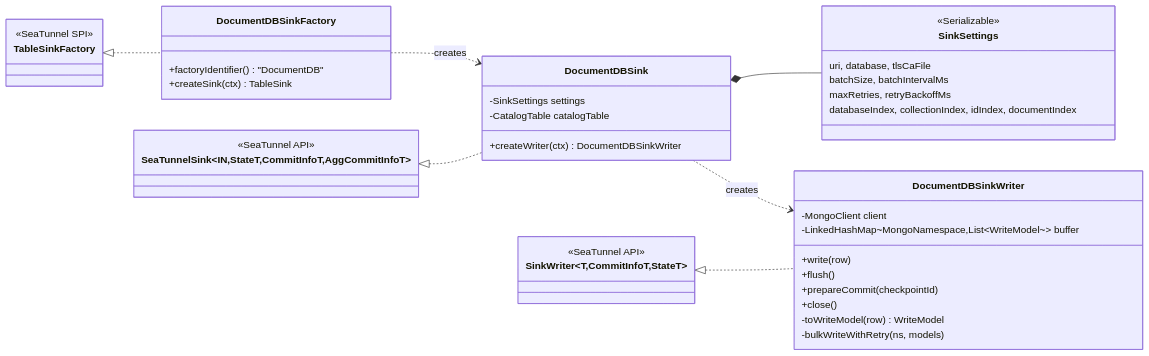
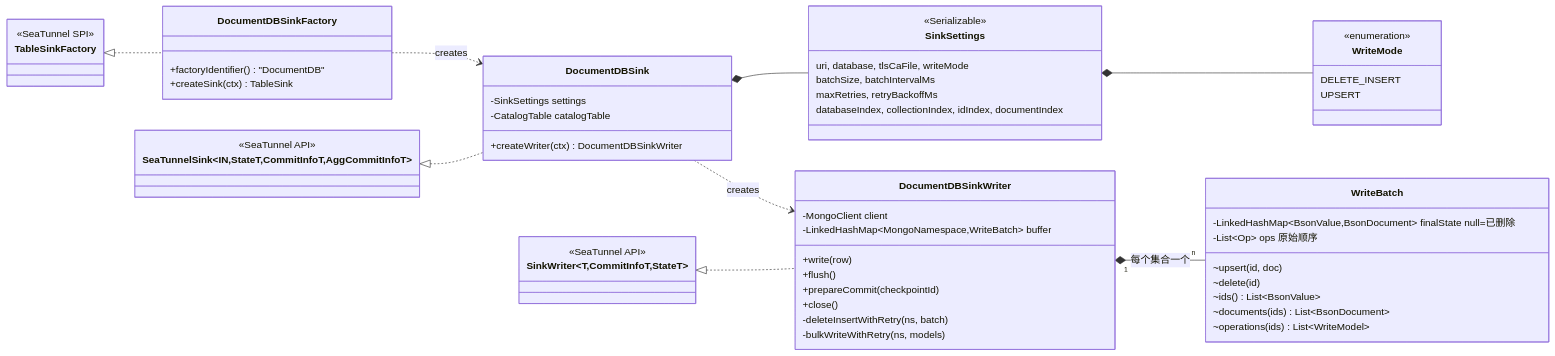
The third of 8 diagrams in 开发者文档.md (yidaimi/seatunnel-cosmos-to-documentdb), drawn with Mermaid before and after one commit. The commit also changed other lines of this file and 15 other files, not shown here.

````diff
--- a/开发者文档.md
+++ b/开发者文档.md
@@ -319,45 +321,61 @@
 ```mermaid
 classDiagram
     direction LR
     class TableSinkFactory {
         <<SeaTunnel SPI>>
     }
     class SeaTunnelSink~IN,StateT,CommitInfoT,AggCommitInfoT~ {
         <<SeaTunnel API>>
     }
     class SinkWriter~T,CommitInfoT,StateT~ {
         <<SeaTunnel API>>
     }
     class DocumentDBSinkFactory {
         +factoryIdentifier() "DocumentDB"
         +createSink(ctx) TableSink
     }
     class DocumentDBSink {
         -SinkSettings settings
         -CatalogTable catalogTable
         +createWriter(ctx) DocumentDBSinkWriter
     }
     class SinkSettings {
         <<Serializable>>
-        uri, database, tlsCaFile
+        uri, database, tlsCaFile, writeMode
         batchSize, batchIntervalMs
         maxRetries, retryBackoffMs
         databaseIndex, collectionIndex, idIndex, documentIndex
     }
     class DocumentDBSinkWriter {
         -MongoClient client
-        -LinkedHashMap~MongoNamespace,List~WriteModel~~ buffer
+        -LinkedHashMap~MongoNamespace,WriteBatch~ buffer
         +write(row)
         +flush()
         +prepareCommit(checkpointId)
         +close()
-        -toWriteModel(row) WriteModel
+        -deleteInsertWithRetry(ns, batch)
         -bulkWriteWithRetry(ns, models)
+    }
+    class WriteBatch {
+        -LinkedHashMap~BsonValue,BsonDocument~ finalState  null=已删除
+        -List~Op~ ops  原始顺序
+        ~upsert(id, doc)
+        ~delete(id)
+        ~ids() List~BsonValue~
+        ~documents(ids) List~BsonDocument~
+        ~operations(ids) List~WriteModel~
+    }
+    class WriteMode {
+        <<enumeration>>
+        DELETE_INSERT
+        UPSERT
     }
     TableSinkFactory <|.. DocumentDBSinkFactory
     SeaTunnelSink <|.. DocumentDBSink
     SinkWriter <|.. DocumentDBSinkWriter
     DocumentDBSinkFactory ..> DocumentDBSink : creates
     DocumentDBSink *-- SinkSettings
     DocumentDBSink ..> DocumentDBSinkWriter : creates
+    DocumentDBSinkWriter "1" *-- "n" WriteBatch : 每个集合一个
+    SinkSettings *-- WriteMode
 ```
````
